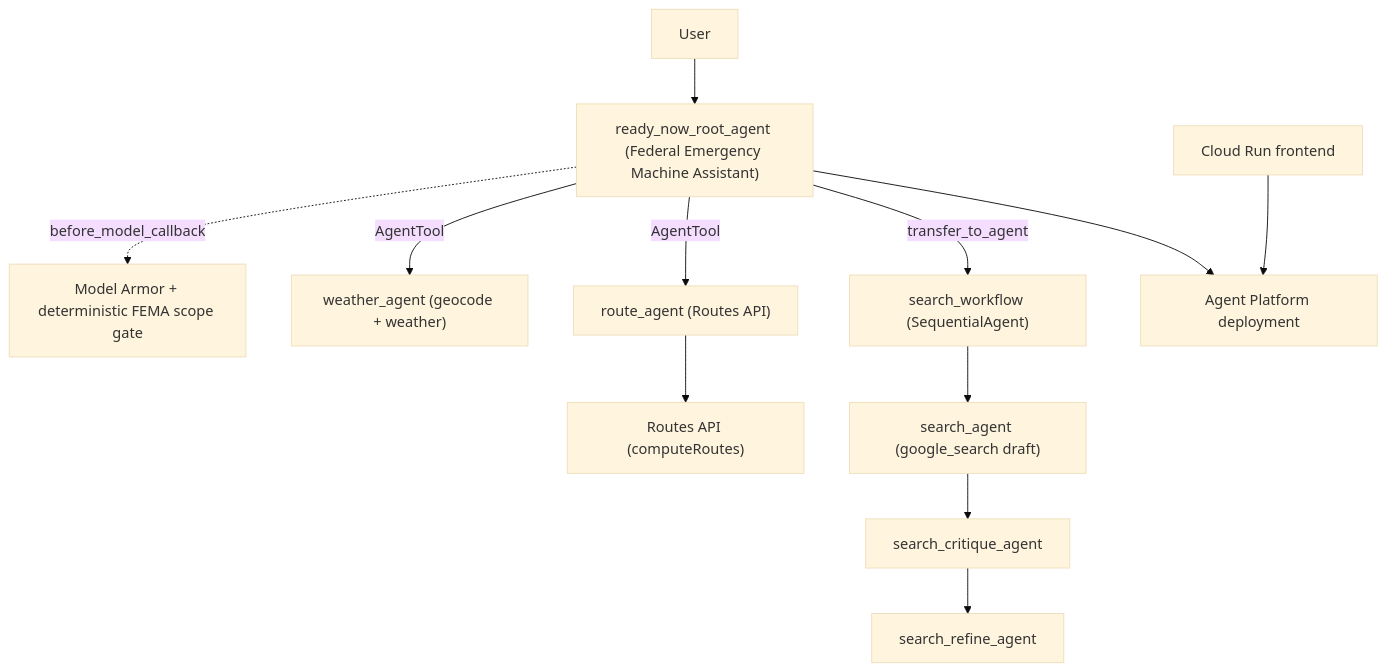
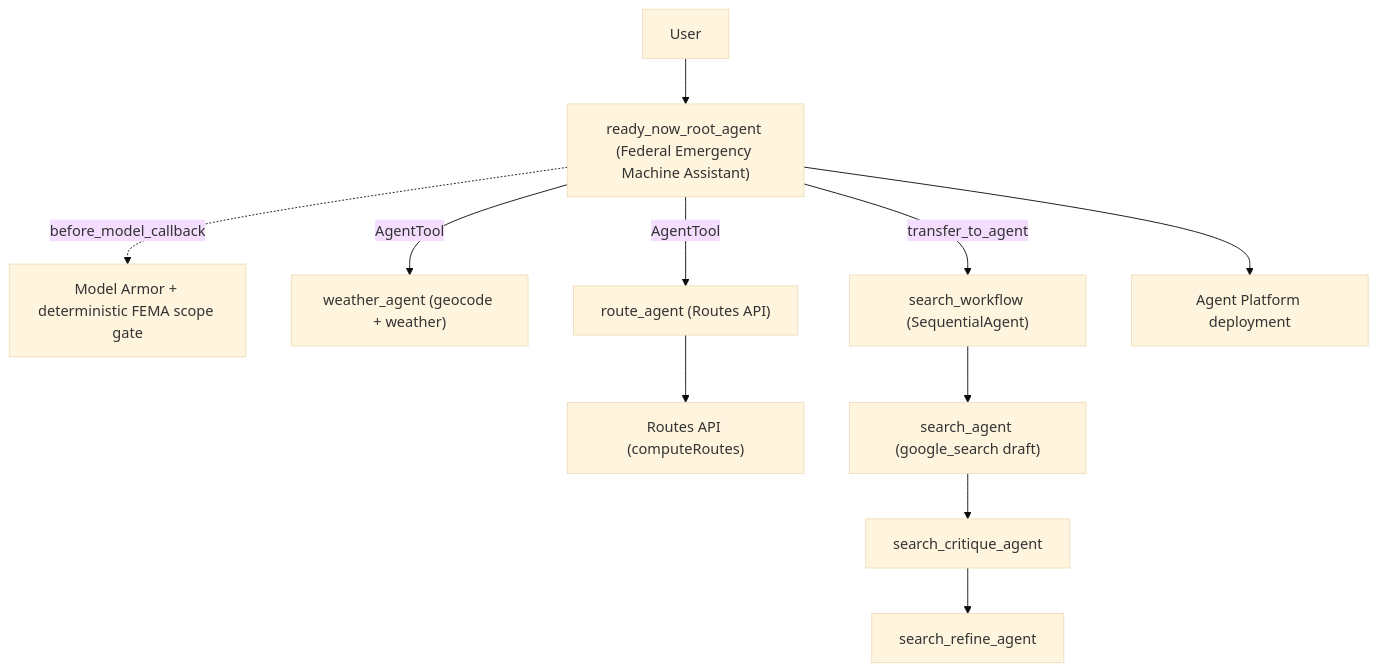
Before and after one commit to olorinhill/agent-dev-skills-workshop-david: the diagram in challenge-6/README.md, drawn with Mermaid (base theme). The commit also changed other lines of this file and 9 other files, not shown here.

````diff
--- a/challenge-6/README.md
+++ b/challenge-6/README.md
@@ -35,12 +34,11 @@
 ```mermaid
 flowchart TD
     user[User] --> root["ready_now_root_agent (Federal Emergency Machine Assistant)"]
     root -. before_model_callback .-> guard["Model Armor + deterministic FEMA scope gate"]
     root -->|AgentTool| weather["weather_agent (geocode + weather)"]
     root -->|AgentTool| route["route_agent (Routes API)"]
     root -->|transfer_to_agent| sw["search_workflow (SequentialAgent)"]
     route --> routesapi["Routes API (computeRoutes)"]
     sw --> sd["search_agent (google_search draft)"] --> sc["search_critique_agent"] --> sr["search_refine_agent"]
     root --> platform["Agent Platform deployment"]
-    frontend["Cloud Run frontend"] --> platform
 ```
````
